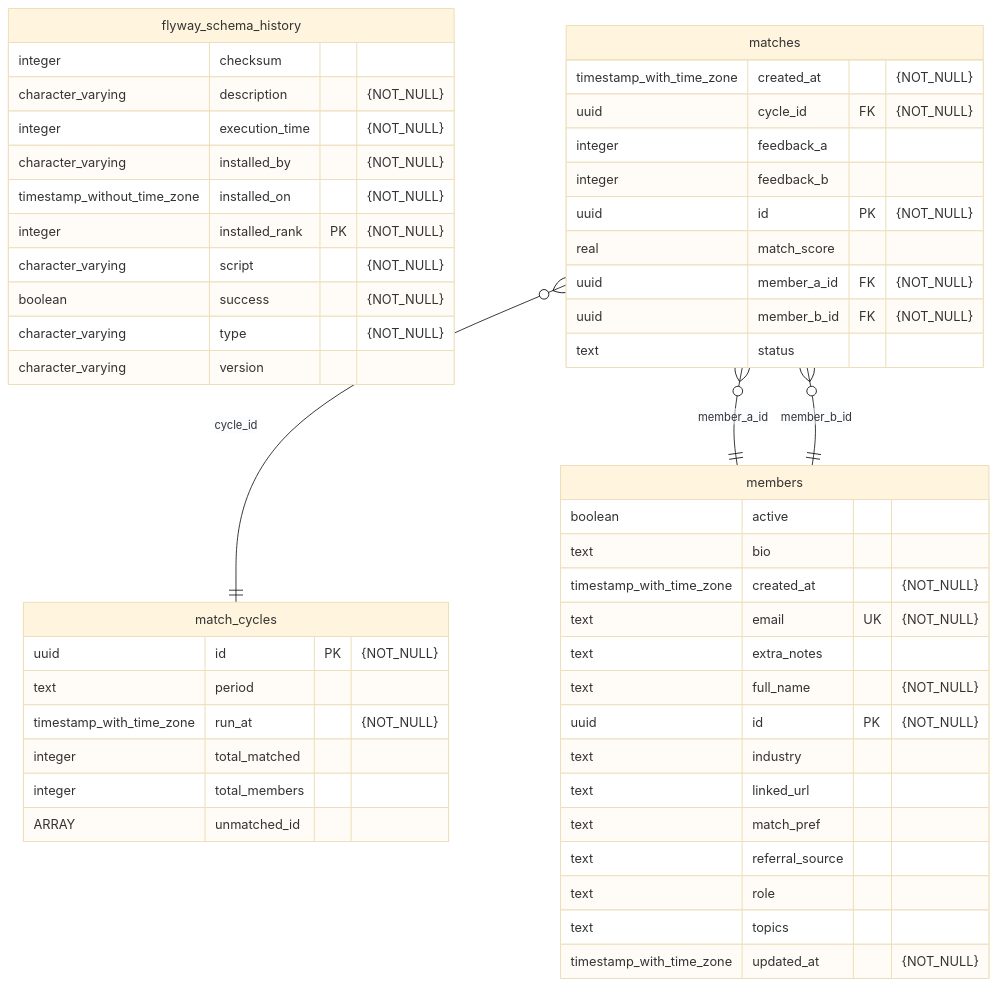
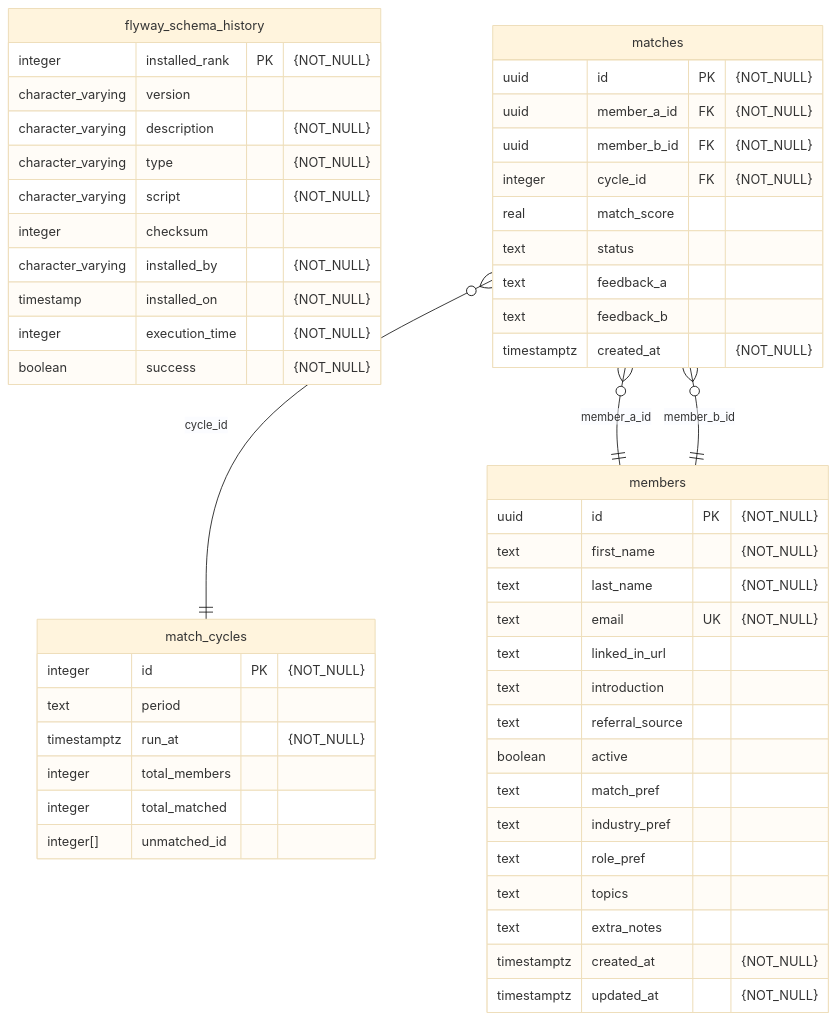
Before and after one commit to Patina-Network/patchats: the diagram in db/README.md, drawn with Mermaid (base theme). The commit also changed 12 other files, not shown here.

First line of the commit message:
Replaced all usages of Full Name with First Name and Last Name (#72)

````diff
--- a/db/README.md
+++ b/db/README.md
@@ -3,57 +3,58 @@
 ```mermaid
 erDiagram
     flyway_schema_history {
+        integer installed_rank PK "{NOT_NULL}"
+        character_varying version
+        character_varying description "{NOT_NULL}"
+        character_varying type "{NOT_NULL}"
+        character_varying script "{NOT_NULL}"
         integer checksum
-        character_varying description "{NOT_NULL}"
+        character_varying installed_by "{NOT_NULL}"
+        timestamp installed_on "{NOT_NULL}"
         integer execution_time "{NOT_NULL}"
-        character_varying installed_by "{NOT_NULL}"
-        timestamp_without_time_zone installed_on "{NOT_NULL}"
-        integer installed_rank PK "{NOT_NULL}"
-        character_varying script "{NOT_NULL}"
         boolean success "{NOT_NULL}"
-        character_varying type "{NOT_NULL}"
-        character_varying version
     }
 
     match_cycles {
-        uuid id PK "{NOT_NULL}"
+        integer id PK "{NOT_NULL}"
         text period
-        timestamp_with_time_zone run_at "{NOT_NULL}"
+        timestamptz run_at "{NOT_NULL}"
+        integer total_members
         integer total_matched
-        integer total_members
-        ARRAY unmatched_id
+        integer[] unmatched_id
     }
 
     matches {
-        timestamp_with_time_zone created_at "{NOT_NULL}"
-        uuid cycle_id FK "{NOT_NULL}"
-        integer feedback_a
-        integer feedback_b
         uuid id PK "{NOT_NULL}"
-        real match_score
         uuid member_a_id FK "{NOT_NULL}"
         uuid member_b_id FK "{NOT_NULL}"
+        integer cycle_id FK "{NOT_NULL}"
+        real match_score
         text status
+        text feedback_a
+        text feedback_b
+        timestamptz created_at "{NOT_NULL}"
     }
 
     members {
+        uuid id PK "{NOT_NULL}"
+        text first_name "{NOT_NULL}"
+        text last_name "{NOT_NULL}"
+        text email UK "{NOT_NULL}"
+        text linked_in_url
+        text introduction
+        text referral_source
         boolean active
-        text bio
-        timestamp_with_time_zone created_at "{NOT_NULL}"
-        text email UK "{NOT_NULL}"
+        text match_pref
+        text industry_pref
+        text role_pref
+        text topics
         text extra_notes
-        text full_name "{NOT_NULL}"
-        uuid id PK "{NOT_NULL}"
-        text industry
-        text linked_url
-        text match_pref
-        text referral_source
-        text role
-        text topics
-        timestamp_with_time_zone updated_at "{NOT_NULL}"
+        timestamptz created_at "{NOT_NULL}"
+        timestamptz updated_at "{NOT_NULL}"
     }
 
     matches }o--|| match_cycles : "cycle_id"
     matches }o--|| members : "member_a_id"
     matches }o--|| members : "member_b_id"
 ```
````
